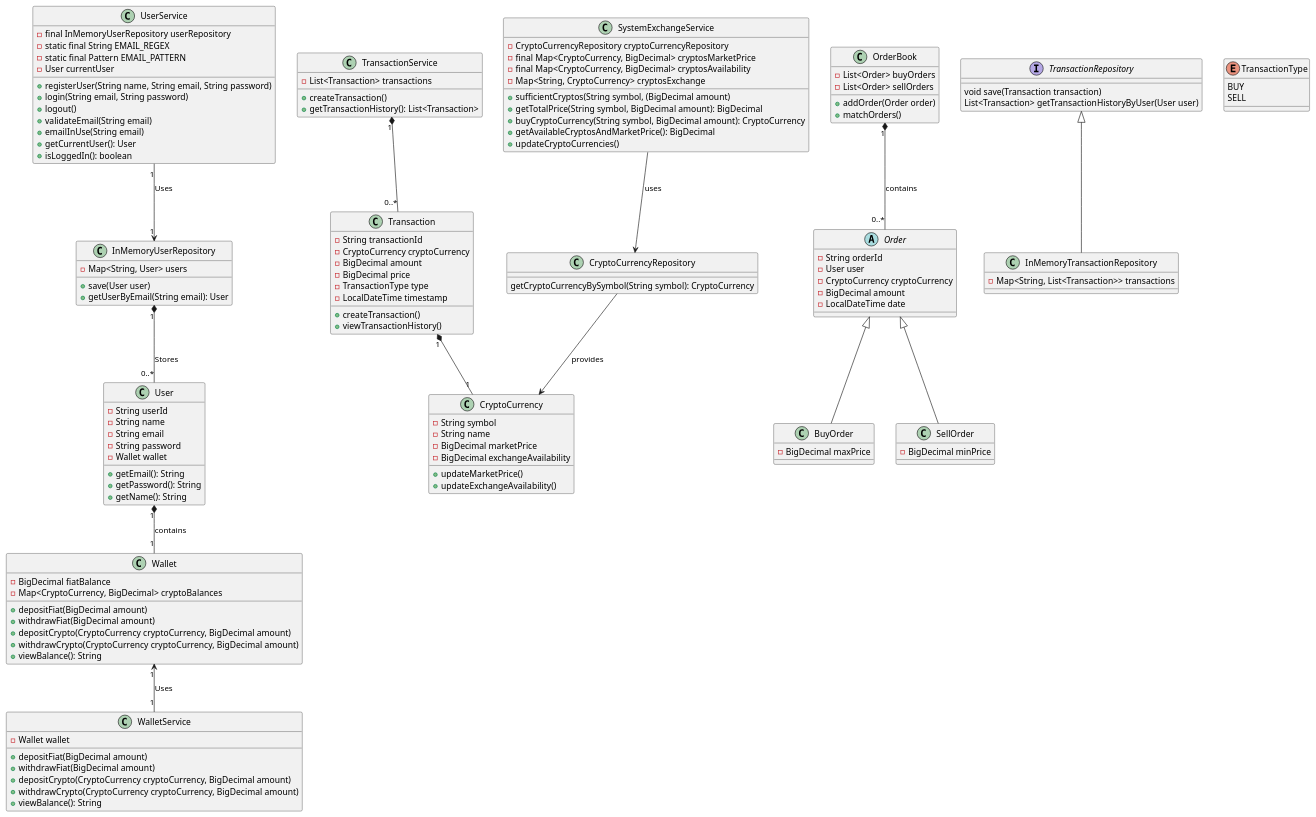
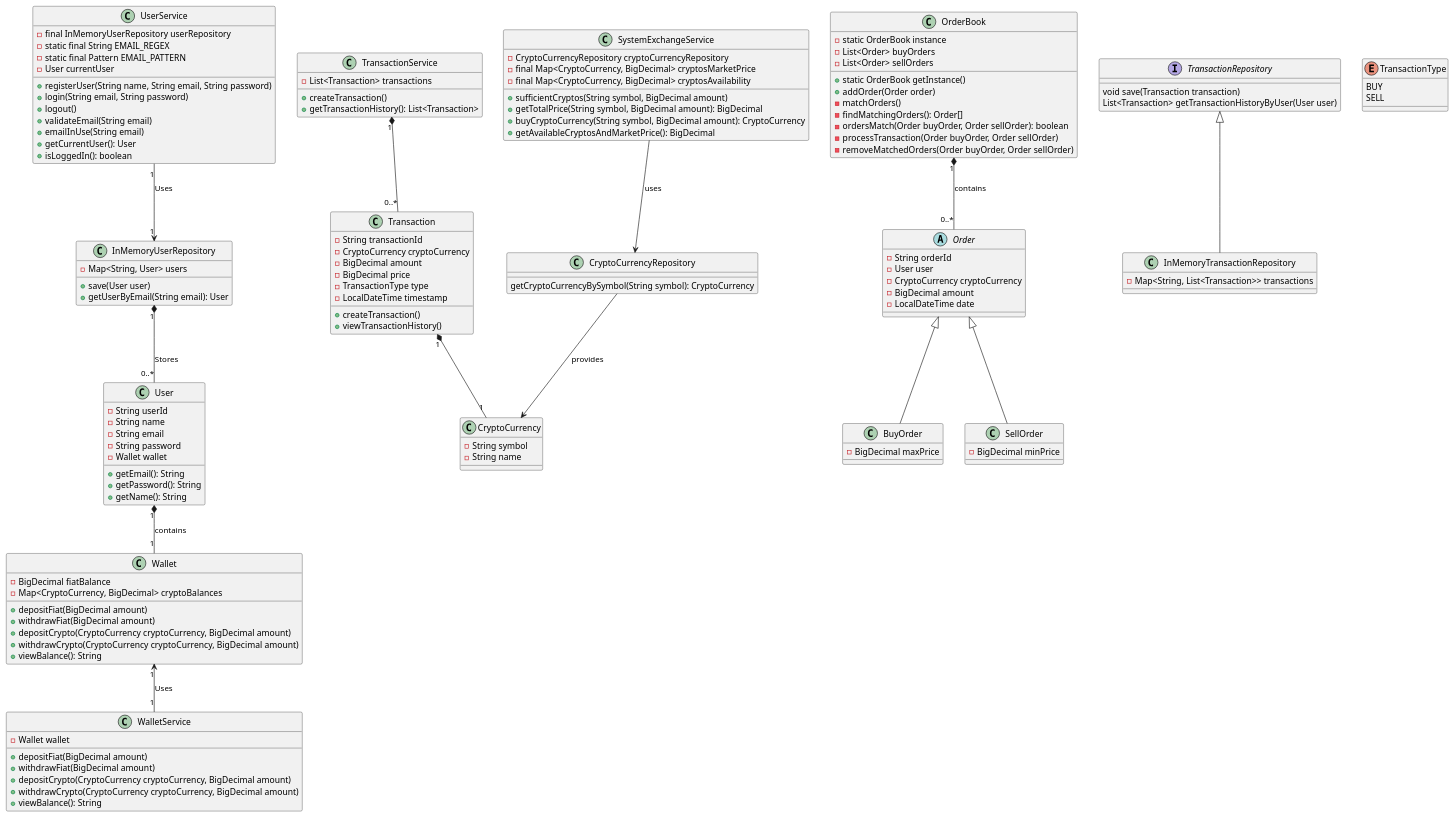
Before and after one commit to LeynderS/crypto_exchange_system: the diagram in diagram/class_diagram.puml, drawn with PlantUML. The commit also changed 10 other files, not shown here.

First line of the commit message:
Implement Place Sell Order Feature

```diff
--- a/diagram/class_diagram.puml
+++ b/diagram/class_diagram.puml
@@ -1,154 +1,150 @@
 @startuml
 
 class UserService{
 -final InMemoryUserRepository userRepository
 -static final String EMAIL_REGEX
 -static final Pattern EMAIL_PATTERN
 -User currentUser
 +registerUser(String name, String email, String password)
 +login(String email, String password)
 +logout()
 +validateEmail(String email)
 +emailInUse(String email)
 +getCurrentUser(): User
 +isLoggedIn(): boolean
 }
 
 class InMemoryUserRepository {
   -Map<String, User> users
   +save(User user)
   +getUserByEmail(String email): User
 }
 
 class User {
 -String userId
 -String name
 -String email
 -String password
 -Wallet wallet
 +getEmail(): String
 +getPassword(): String
 +getName(): String
 }
 
 class WalletService{
 -Wallet wallet
 +depositFiat(BigDecimal amount)
 +withdrawFiat(BigDecimal amount)
 +depositCrypto(CryptoCurrency cryptoCurrency, BigDecimal amount)
 +withdrawCrypto(CryptoCurrency cryptoCurrency, BigDecimal amount)
 +viewBalance(): String
 }
 
 class Wallet {
 -BigDecimal fiatBalance
 -Map<CryptoCurrency, BigDecimal> cryptoBalances
 +depositFiat(BigDecimal amount)
 +withdrawFiat(BigDecimal amount)
 +depositCrypto(CryptoCurrency cryptoCurrency, BigDecimal amount)
 +withdrawCrypto(CryptoCurrency cryptoCurrency, BigDecimal amount)
 +viewBalance(): String
 }
 
 class CryptoCurrencyRepository{
 getCryptoCurrencyBySymbol(String symbol): CryptoCurrency
 }
 
 class SystemExchangeService{
 -CryptoCurrencyRepository cryptoCurrencyRepository
 -final Map<CryptoCurrency, BigDecimal> cryptosMarketPrice
 -final Map<CryptoCurrency, BigDecimal> cryptosAvailability
-+sufficientCryptos(String symbol, (BigDecimal amount)
++sufficientCryptos(String symbol, BigDecimal amount)
 +getTotalPrice(String symbol, BigDecimal amount): BigDecimal
 +buyCryptoCurrency(String symbol, BigDecimal amount): CryptoCurrency
 +getAvailableCryptosAndMarketPrice(): BigDecimal
 }
 
 abstract class Order {
 -String orderId
 -User user
 -CryptoCurrency cryptoCurrency
 -BigDecimal amount
 -LocalDateTime date
 }
 
 class BuyOrder {
 -BigDecimal maxPrice
 }
 
 class SellOrder{
 -BigDecimal minPrice
 }
 
 class OrderBook{
+-static OrderBook instance
 -List<Order> buyOrders
 -List<Order> sellOrders
++static OrderBook getInstance()
 +addOrder(Order order)
-+matchOrders()
+-matchOrders()
+-findMatchingOrders(): Order[]
+-ordersMatch(Order buyOrder, Order sellOrder): boolean
+-processTransaction(Order buyOrder, Order sellOrder)
+-removeMatchedOrders(Order buyOrder, Order sellOrder)
 }
 
 
 interface TransactionRepository {
 void save(Transaction transaction)
 List<Transaction> getTransactionHistoryByUser(User user)
 }
 
 class InMemoryTransactionRepository {
   -Map<String, List<Transaction>> transactions
 }
 
 class Transaction {
 -String transactionId
 -CryptoCurrency cryptoCurrency
 -BigDecimal amount
 -BigDecimal price
 -TransactionType type
 -LocalDateTime timestamp
 +createTransaction()
 +viewTransactionHistory()
 }
 
 class TransactionService {
   -List<Transaction> transactions
   +createTransaction()
   +getTransactionHistory(): List<Transaction>
 }
 
 
 class CryptoCurrency {
 -String symbol
 -String name
--BigDecimal marketPrice
--BigDecimal exchangeAvailability
-+updateMarketPrice()
-+updateExchangeAvailability()
 }
-
-class SystemExchangeService{
--Map<String, CryptoCurrency> cryptosExchange
-+updateCryptoCurrencies()
-}
-
 
 enum TransactionType {
 BUY
 SELL
 }
 
 UserService "1" --> "1" InMemoryUserRepository : Uses
 InMemoryUserRepository "1" *-- "0..*" User : Stores
 User "1" *-- "1" Wallet : contains
 Wallet "1" <-- "1" WalletService : Uses
 CryptoCurrencyRepository --> CryptoCurrency : provides
 SystemExchangeService --> CryptoCurrencyRepository : uses
 Order <|-- BuyOrder
 Order <|-- SellOrder
 OrderBook "1" *-- "0..*" Order : contains
 
 TransactionRepository <|-- InMemoryTransactionRepository
 
 TransactionService "1" *-- "0..*" Transaction
 Transaction "1" *-- "1" CryptoCurrency
 
 
 @enduml
```
